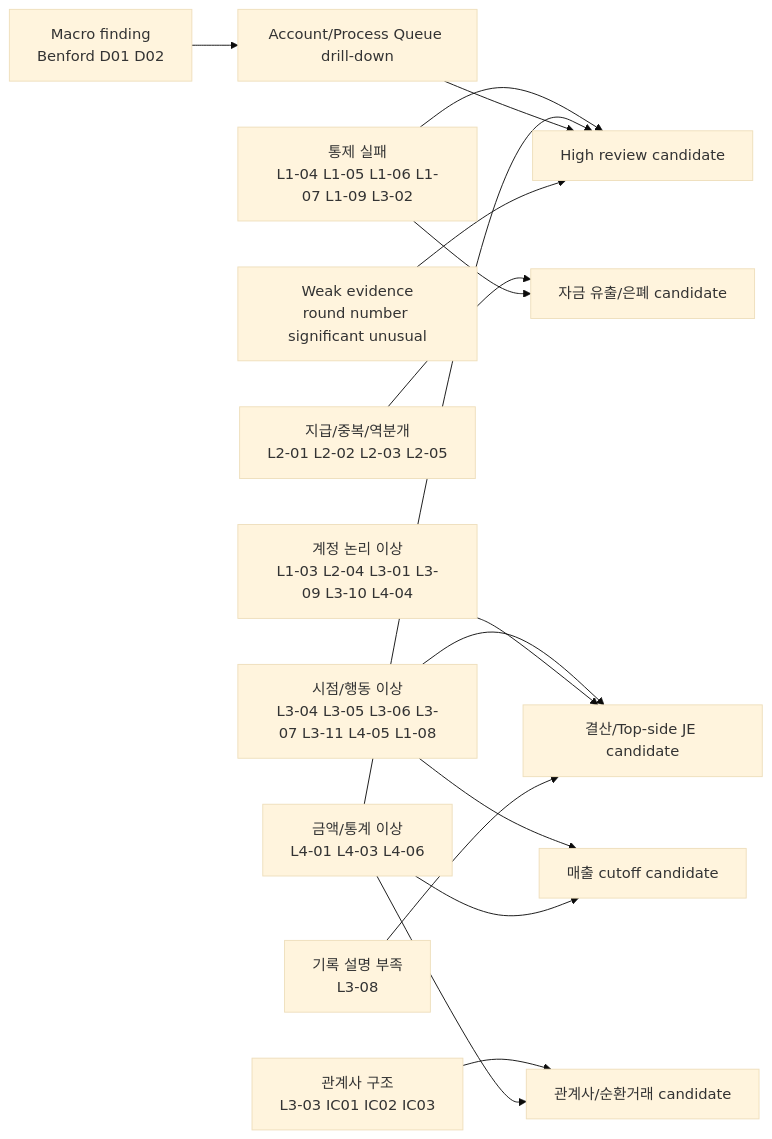
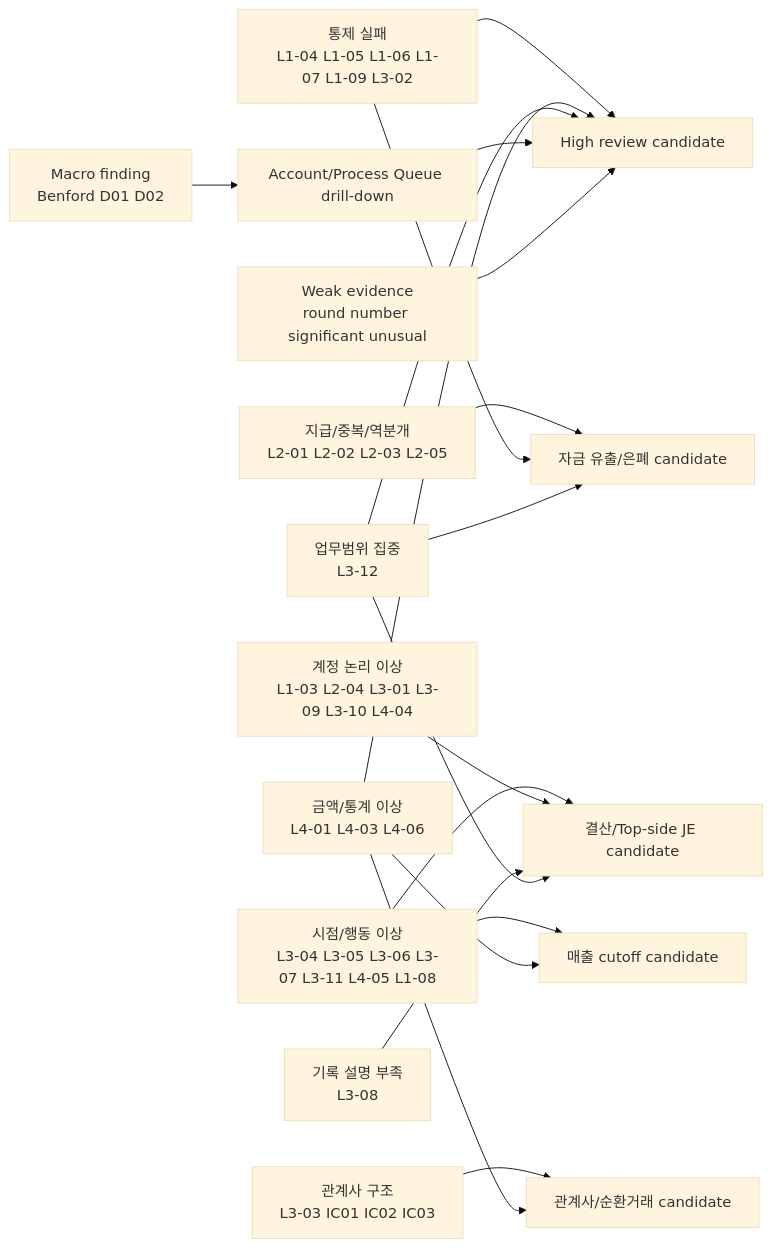
Before and after one commit to ghdtjrgns321-creator/local-ai-journal-assist: the second of 2 diagrams in docs/PHASE1_RULE_RELATIONSHIP_MAP.md, drawn with Mermaid (base theme). The commit also changed other lines of this file and 33 other files, not shown here.

First line of the commit message:
docs: Phase1 룰베이스·DataSynth 패치 워크플로우·탐지 레퍼런스 문서 최신화

````diff
--- a/docs/PHASE1_RULE_RELATIONSHIP_MAP.md
+++ b/docs/PHASE1_RULE_RELATIONSHIP_MAP.md
@@ -68,27 +115,31 @@
 ```mermaid
 flowchart LR
     Control["통제 실패<br/>L1-04 L1-05 L1-06 L1-07 L1-09 L3-02"]
     Timing["시점/행동 이상<br/>L3-04 L3-05 L3-06 L3-07 L3-11 L4-05 L1-08"]
     Amount["금액/통계 이상<br/>L4-01 L4-03 L4-06"]
     Logic["계정 논리 이상<br/>L1-03 L2-04 L3-01 L3-09 L3-10 L4-04"]
     Desc["기록 설명 부족<br/>L3-08"]
     Outflow["지급/중복/역분개<br/>L2-01 L2-02 L2-03 L2-05"]
     IC["관계사 구조<br/>L3-03 IC01 IC02 IC03"]
     Macro["Macro finding<br/>Benford D01 D02"]
+    Scope["업무범위 집중<br/>L3-12"]
     Weak["Weak evidence<br/>round number significant unusual"]
 
     Control --> High["High review candidate"]
     Amount --> High
     Timing --> Close["결산/Top-side JE candidate"]
     Logic --> Close
     Desc --> Close
     Outflow --> Cash["자금 유출/은폐 candidate"]
     Control --> Cash
     IC --> RPT["관계사/순환거래 candidate"]
     Amount --> RPT
     Timing --> Revenue["매출 cutoff candidate"]
+    Scope --> High
+    Scope --> Cash
+    Scope --> Close
     Amount --> Revenue
     Macro --> Drill["Account/Process Queue drill-down"]
     Drill --> High
     Weak --> High
 ```
````
